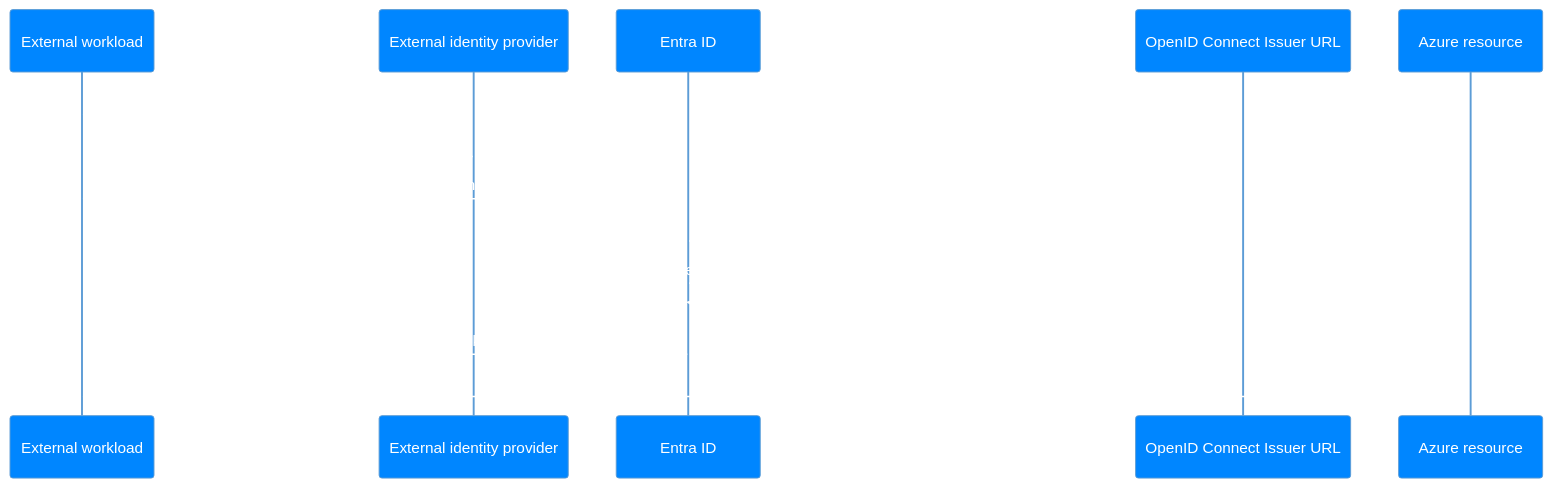
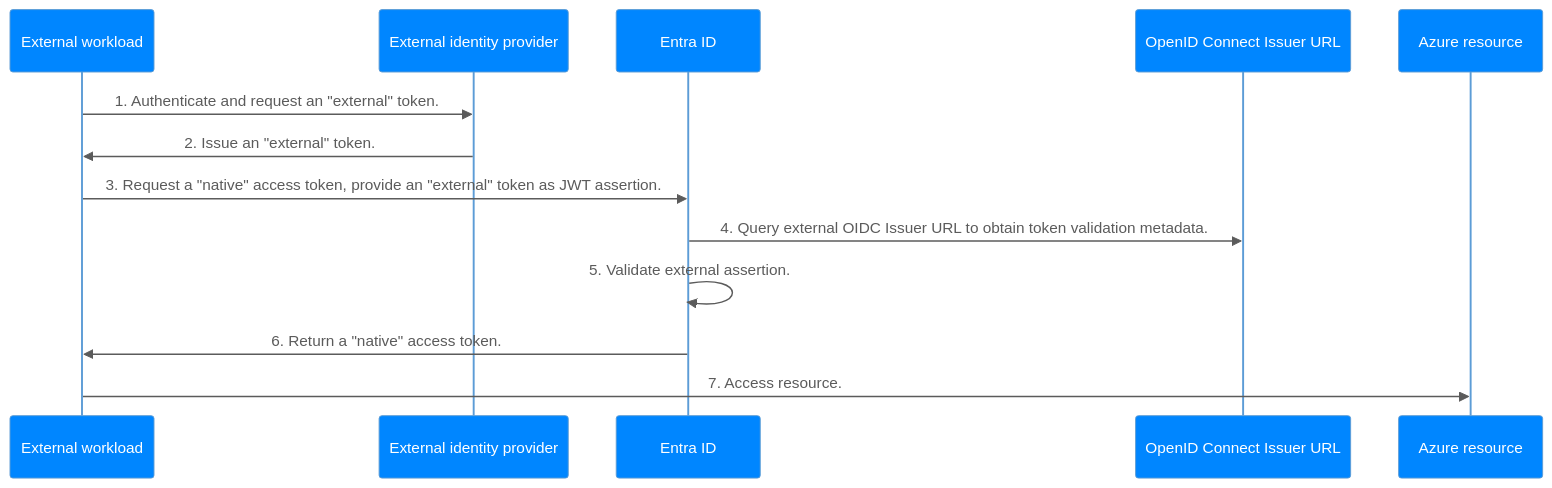
Before and after one commit to lucas-ko/lucas-ko.github.io: the second of 3 diagrams in _posts/2025-01-11-Workload-Identity-Federation-Hidden-Risks.md, drawn with Mermaid. The commit also changed other lines of this file, not shown here.

````diff
--- a/_posts/2025-01-11-Workload-Identity-Federation-Hidden-Risks.md
+++ b/_posts/2025-01-11-Workload-Identity-Federation-Hidden-Risks.md
@@ -53,26 +53,26 @@
 ```mermaid
 %%{
   init: {
     'theme': 'base',
     'themeVariables': {
       'primaryColor': '#0086FF',
       'primaryTextColor': '#FFFFFF',
-      'textColor': '#FFFFFF',
-      'lineColor': '#FFFFFF',
+      'textColor': '#5b5b5b',
+      'lineColor': '#5b5b5b',
       'darkMode': 'true'
     }
   }
 }%% sequenceDiagram
     participant EW as External workload
     participant EIDP as External identity provider
     participant EID as Entra ID
     participant EOIDC as OpenID Connect Issuer URL   
     participant Az as Azure resource
     EW ->> EIDP: 1. Authenticate and request an "external" token.
     EIDP ->> EW: 2. Issue an "external" token.
     EW ->> EID: 3. Request a "native" access token, provide an "external" token as JWT assertion.
     EID->> EOIDC: 4. Query external OIDC Issuer URL to obtain token validation metadata.
     EID->> EID: 5. Validate external assertion.
     EID ->> EW: 6. Return a "native" access token.
     EW ->> Az: 7. Access resource.
 ```
````
